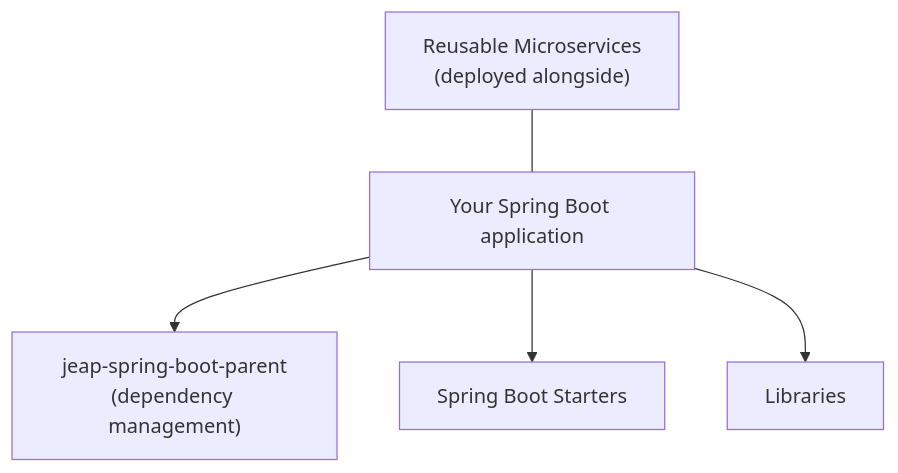
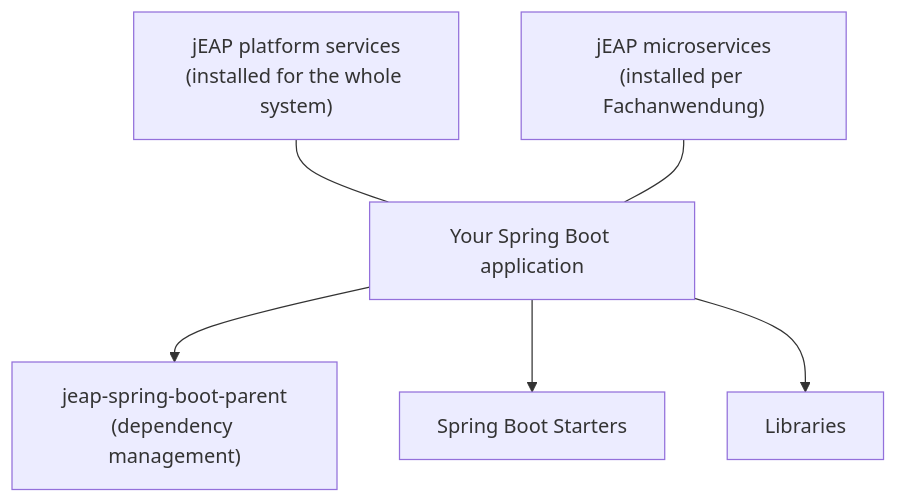
Before and after one commit to jeap-admin-ch/jeap: the diagram in docs/what-is-jeap.md, drawn with Mermaid. The commit also changed 1 other file, not shown here.

Commit message:
JEAP-7611 structuring reusable services table

````diff
--- a/docs/what-is-jeap.md
+++ b/docs/what-is-jeap.md
@@ -106,7 +106,8 @@
 ```mermaid
 flowchart TD
     App["Your Spring Boot application"] --> Parent["jeap-spring-boot-parent<br/>(dependency management)"]
     App --> Starters["Spring Boot Starters"]
     App --> Libraries["Libraries"]
-    Services["Reusable Microservices<br/>(deployed alongside)"] --- App
+    PlatformServices["jEAP platform services<br/>(installed for the whole system)"] --- App
+    JeapServices["jEAP microservices<br/>(installed per Fachanwendung)"] --- App
 ```
````
